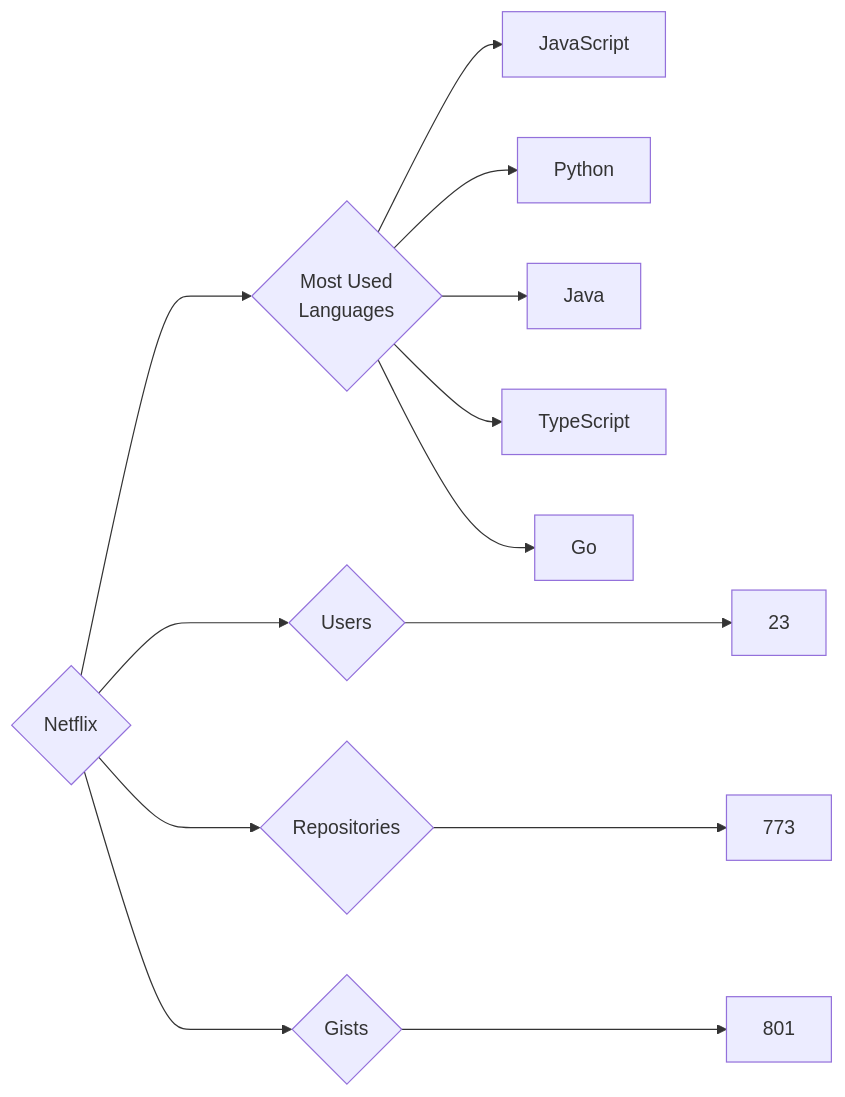
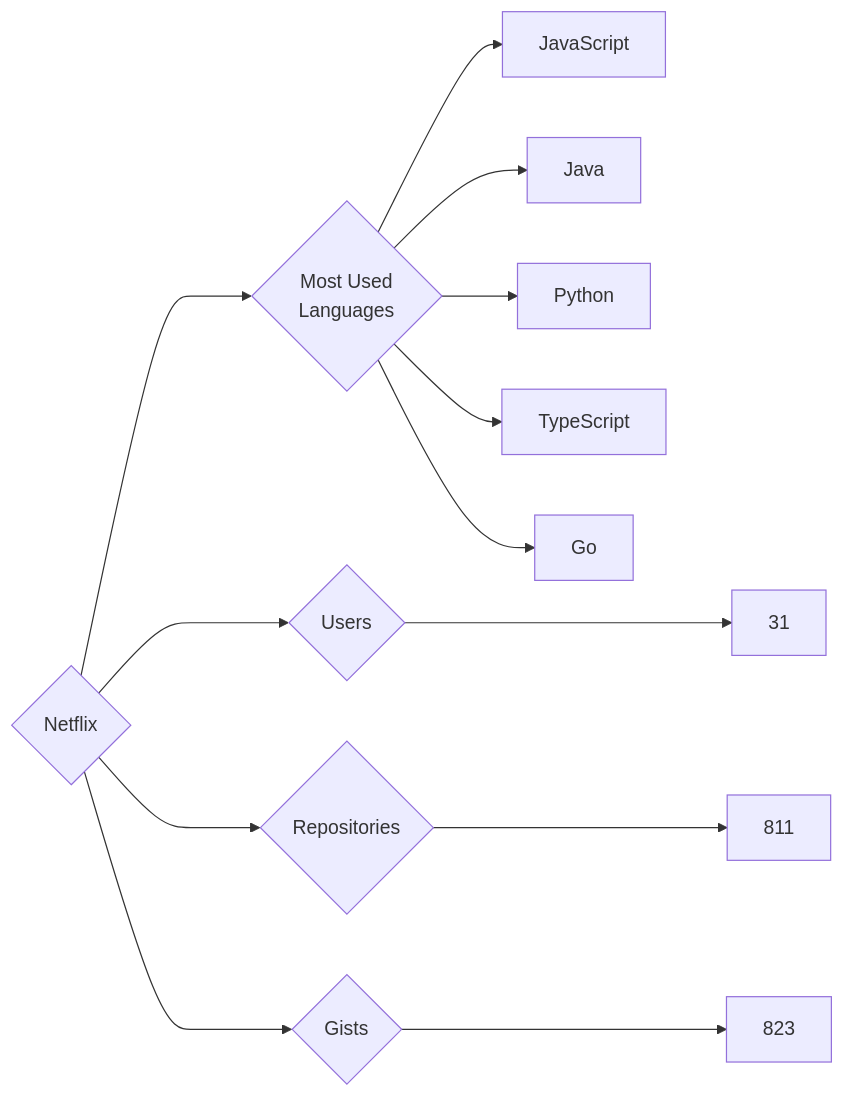
The diagram in targets/Netflix/README.md (trickest/insiders), drawn with Mermaid before and after one commit. The commit also changed 815 other files, not shown here.

````diff
--- a/targets/Netflix/README.md
+++ b/targets/Netflix/README.md
@@ -3,13 +3,13 @@
 ```mermaid
 graph LR
 COMPANY_NAME{Netflix}
-COMPANY_NAME ---> U{Users} ---> UN[23]
-COMPANY_NAME ---> R{Repositories} ---> RN[773]
-COMPANY_NAME ---> G{Gists} ---> GN[801]
+COMPANY_NAME ---> U{Users} ---> UN[31]
+COMPANY_NAME ---> R{Repositories} ---> RN[811]
+COMPANY_NAME ---> G{Gists} ---> GN[823]
 COMPANY_NAME ---> ML{Most Used<br>Languages}
 ML --> JavaScript[JavaScript]
+ML --> Java[Java]
 ML --> Python[Python]
-ML --> Java[Java]
 ML --> TypeScript[TypeScript]
 ML --> Go[Go]
 ```
````
